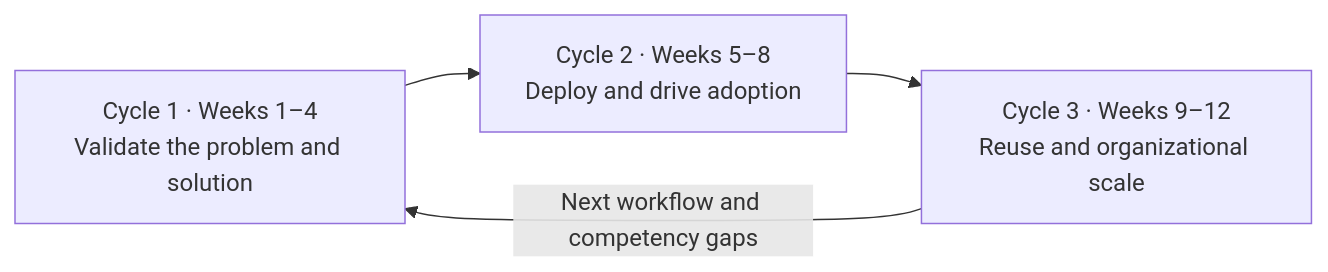
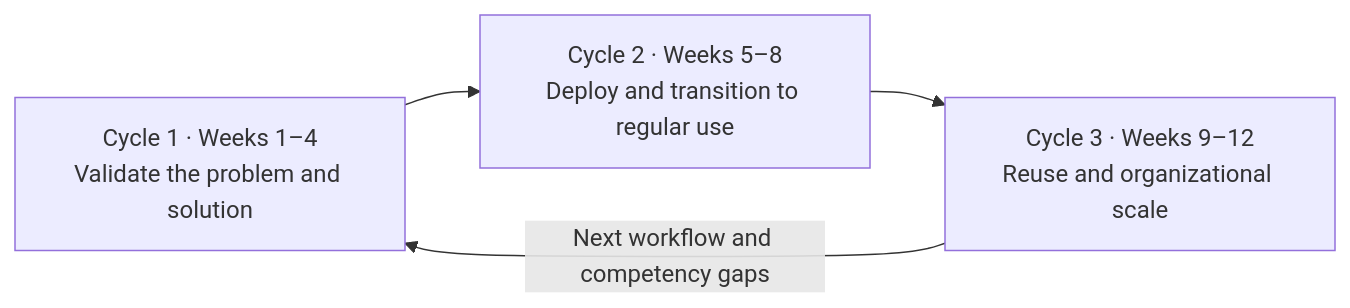
The diagram in en/learning-paths/12-week-practice.md (woogi-kang/ax-engineer-roadmap), drawn with Mermaid before and after one commit. The commit also changed other lines of this file and 217 other files, not shown here.

First line of the commit message:
docs: refresh AX roadmap and retire legacy site (#29)

````diff
--- a/en/learning-paths/12-week-practice.md
+++ b/en/learning-paths/12-week-practice.md
@@ -7,6 +7,6 @@
 ```mermaid
 flowchart LR
-    C1["Cycle 1 · Weeks 1–4<br/>Validate the problem and solution"] --> C2["Cycle 2 · Weeks 5–8<br/>Deploy and drive adoption"]
+    C1["Cycle 1 · Weeks 1–4<br/>Validate the problem and solution"] --> C2["Cycle 2 · Weeks 5–8<br/>Deploy and transition to regular use"]
     C2 --> C3["Cycle 3 · Weeks 9–12<br/>Reuse and organizational scale"]
     C3 -->|"Next workflow and competency gaps"| C1
 ```
````
